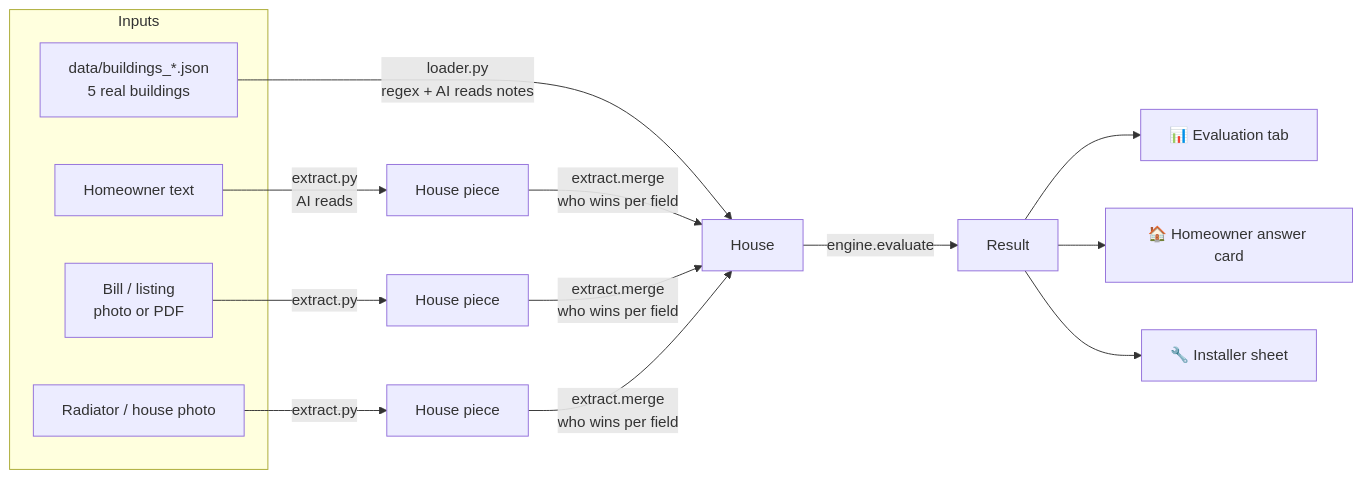
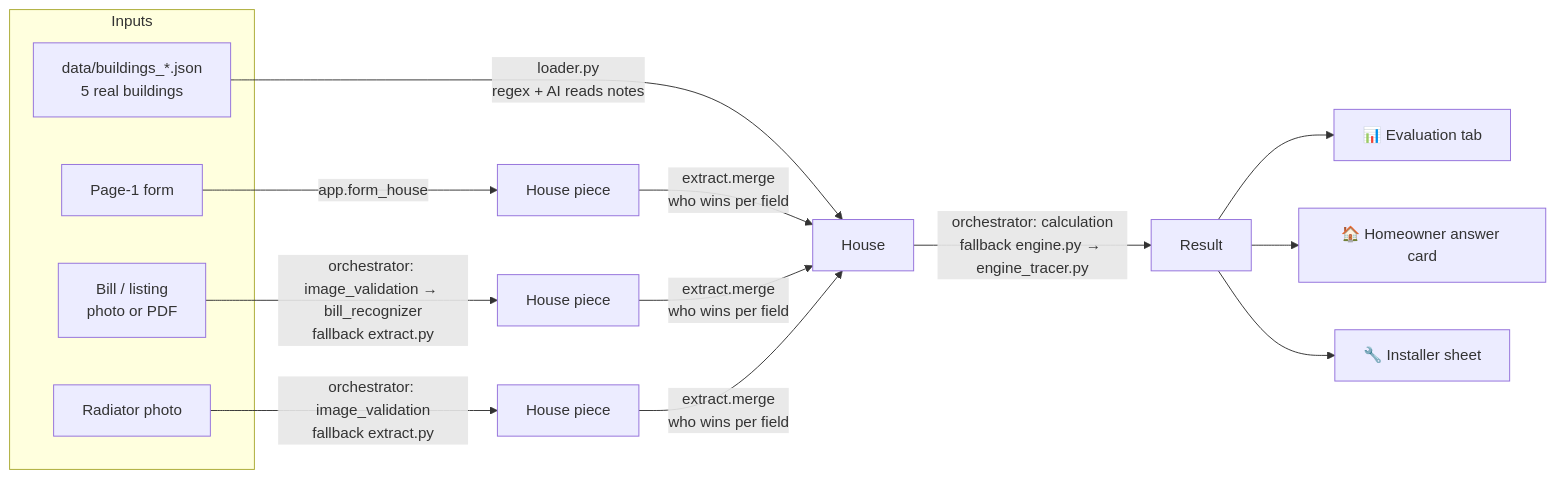
Before and after one commit to jackylee0503/hp-ready: the diagram in FLOW.md, drawn with Mermaid. The commit also changed other lines of this file and 8 other files, not shown here.

First line of the commit message:
architecture: orchestrator + Python module registry (bill_recognizer, image_validation, calculation) with fallbacks; module skeletons; page 1 is a form

````diff
--- a/FLOW.md
+++ b/FLOW.md
@@ -8,18 +10,18 @@
 ```mermaid
 flowchart LR
     subgraph IN[Inputs]
       A[data/buildings_*.json<br/>5 real buildings]
-      B[Homeowner text]
+      B[Page-1 form]
       C[Bill / listing<br/>photo or PDF]
-      D[Radiator / house photo]
+      D[Radiator photo]
     end
     A -->|loader.py<br/>regex + AI reads notes| H[House]
-    B -->|extract.py<br/>AI reads| H1[House piece]
-    C -->|extract.py| H2[House piece]
-    D -->|extract.py| H3[House piece]
+    B -->|app.form_house| H1[House piece]
+    C -->|orchestrator: image_validation → bill_recognizer<br/>fallback extract.py| H2[House piece]
+    D -->|orchestrator: image_validation<br/>fallback extract.py| H3[House piece]
     H1 & H2 & H3 -->|extract.merge<br/>who wins per field| H
-    H -->|engine.evaluate| R[Result]
+    H -->|orchestrator: calculation<br/>fallback engine.py → engine_tracer.py| R[Result]
     R --> E[📊 Evaluation tab]
     R --> HO[🏠 Homeowner answer card]
     R --> I[🔧 Installer sheet]
 ```
````
